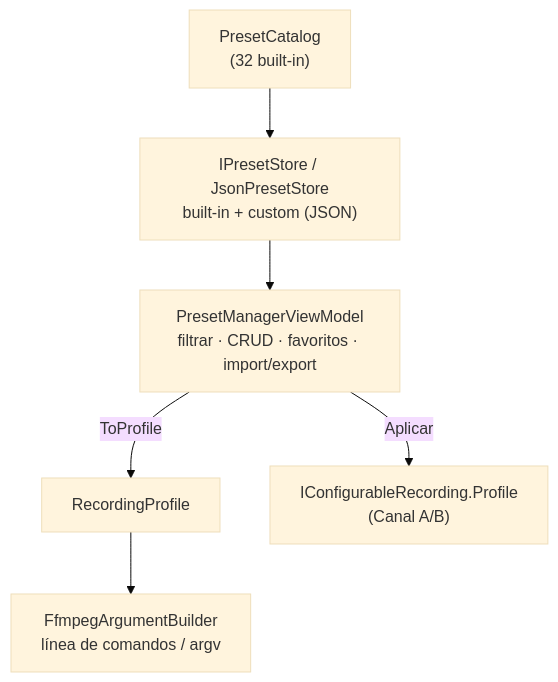
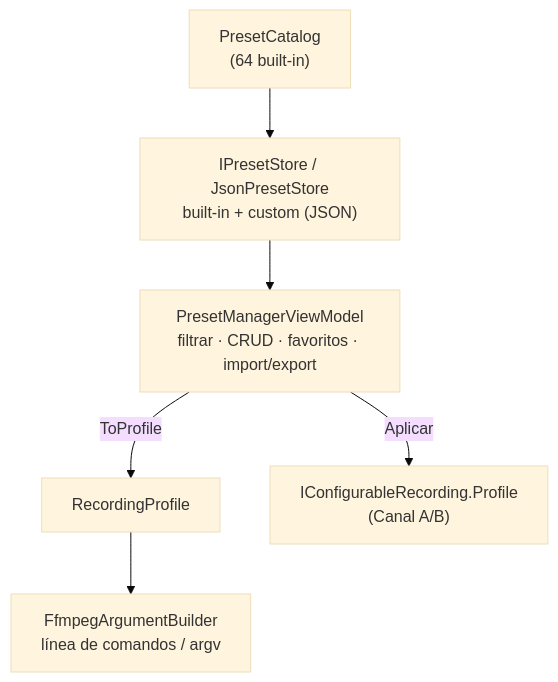
The second of 2 diagrams in docs/08-presets.md (JorgeCruz19/baioss-record), drawn with Mermaid (base theme) before and after one commit. The commit also changed other lines of this file and 16 other files, not shown here.

````diff
--- a/docs/08-presets.md
+++ b/docs/08-presets.md
@@ -93,8 +98,8 @@
 ```mermaid
 flowchart TD
-    CAT["PresetCatalog<br/>(32 built-in)"] --> STORE["IPresetStore / JsonPresetStore<br/>built-in + custom (JSON)"]
+    CAT["PresetCatalog<br/>(64 built-in)"] --> STORE["IPresetStore / JsonPresetStore<br/>built-in + custom (JSON)"]
     STORE --> VM["PresetManagerViewModel<br/>filtrar · CRUD · favoritos · import/export"]
     VM -->|ToProfile| PROF["RecordingProfile"]
     PROF --> BLD["FfmpegArgumentBuilder<br/>línea de comandos / argv"]
     VM -->|Aplicar| CH["IConfigurableRecording.Profile<br/>(Canal A/B)"]
 ```
````
